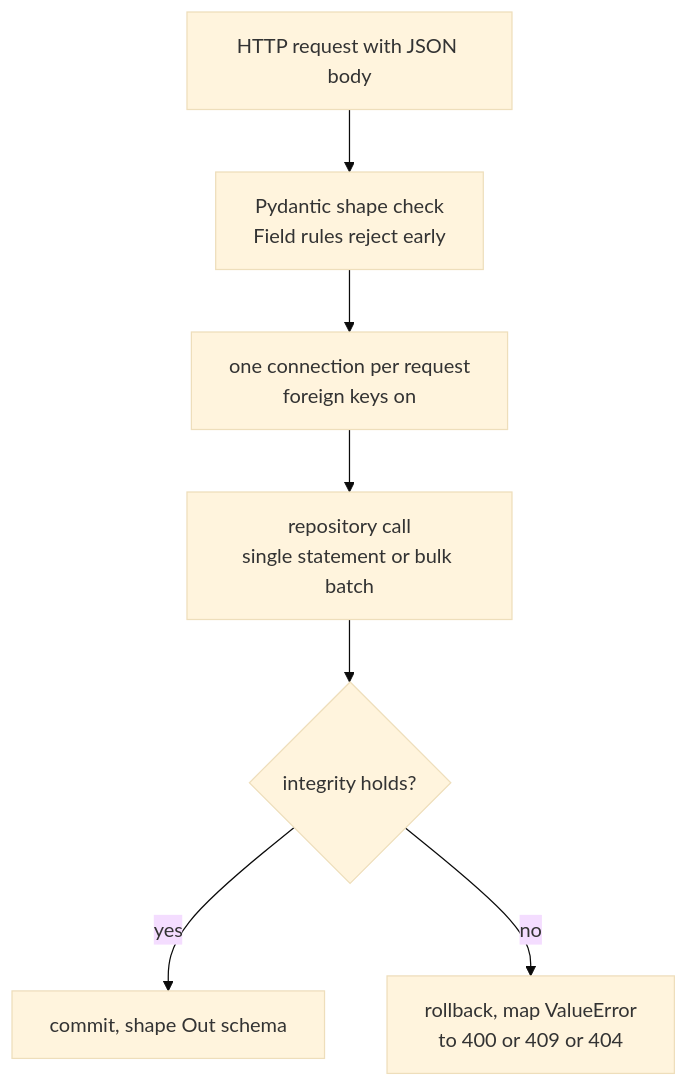
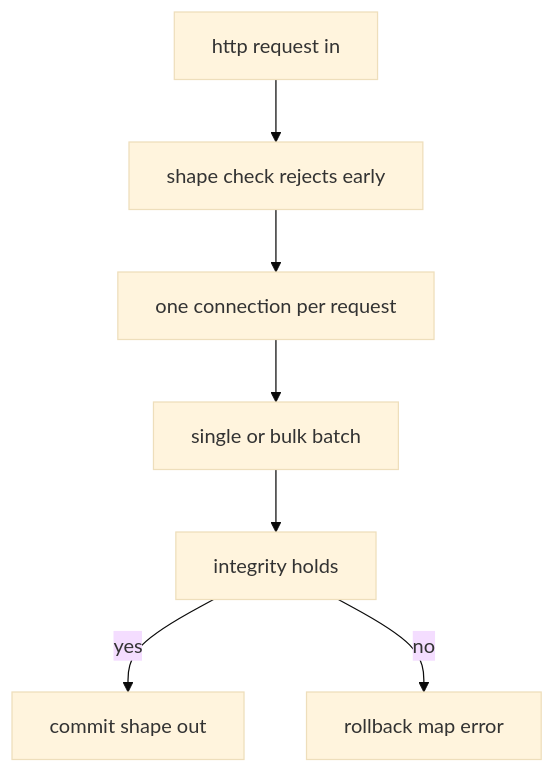
The second of 2 diagrams in docs/learning/14-library-crud-api.md (AslamNazeerShaikh/Python-Material), drawn with Mermaid (base theme) before and after one commit. The commit also changed other lines of this file and 16 other files, not shown here.

Commit message:
docs(learning): rebuild all mermaid in safe subset

````diff
--- a/docs/learning/14-library-crud-api.md
+++ b/docs/learning/14-library-crud-api.md
@@ -99,16 +80,16 @@
 ```mermaid
 flowchart TD
-    REQ["HTTP request with JSON body"]
-    VAL["Pydantic shape check<br/>Field rules reject early"]
-    DB["one connection per request<br/>foreign keys on"]
-    REPO["repository call<br/>single statement or bulk batch"]
-    OK{"integrity holds?"}
-    COMMIT["commit, shape Out schema"]
-    ROLL["rollback, map ValueError<br/>to 400 or 409 or 404"]
+    REQ[http request in]
+    VAL[shape check rejects early]
+    DB[one connection per request]
+    REPO[single or bulk batch]
+    OK[integrity holds]
+    COMMIT[commit shape out]
+    ROLL[rollback map error]
     REQ --> VAL
     VAL --> DB
     DB --> REPO
     REPO --> OK
-    OK -->|"yes"| COMMIT
-    OK -->|"no"| ROLL
+    OK -->|yes| COMMIT
+    OK -->|no| ROLL
 ```
````
